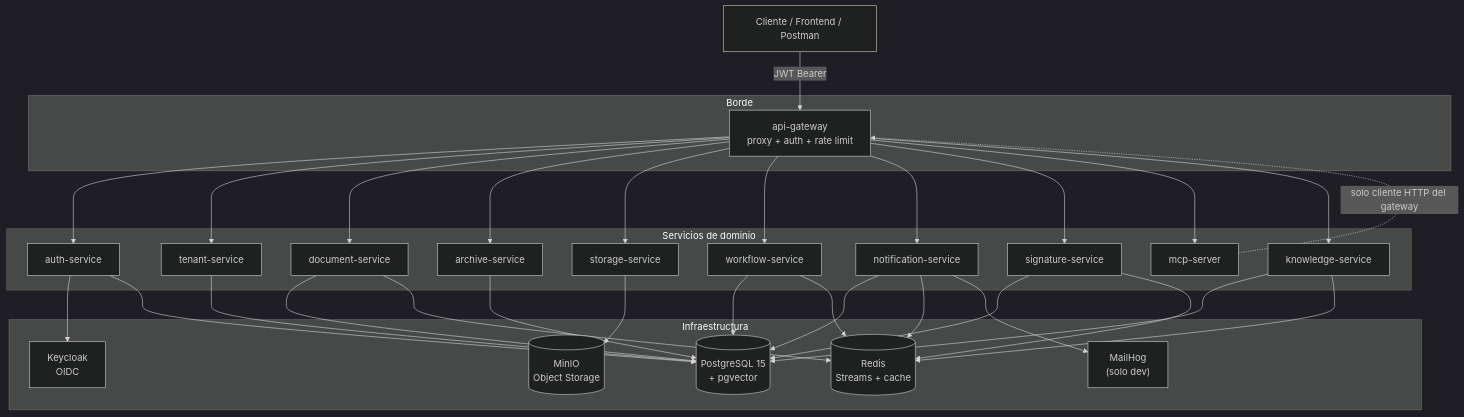
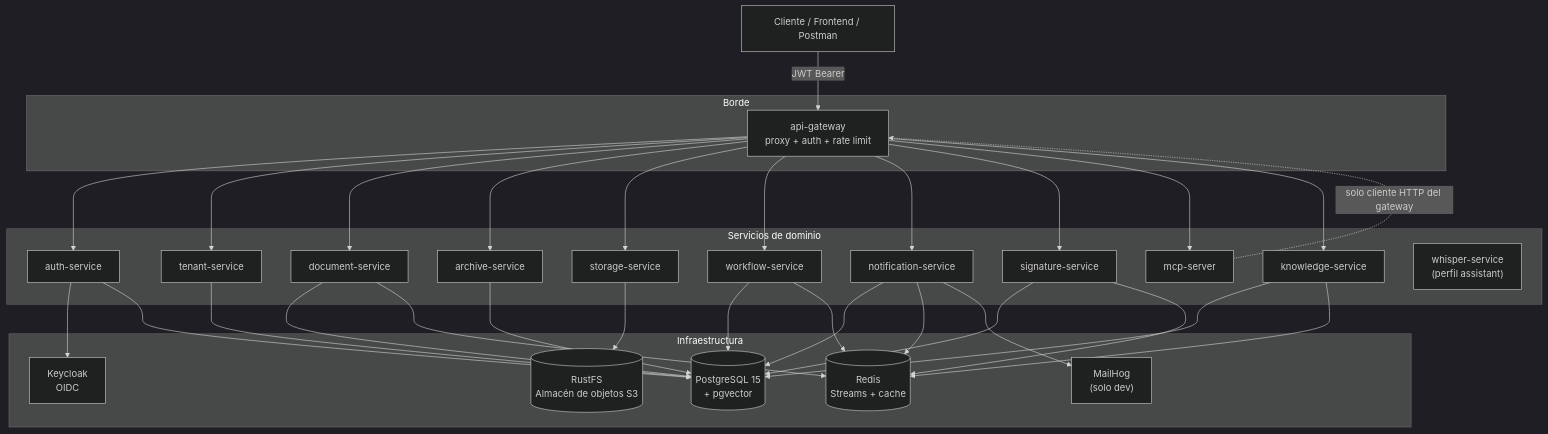
One commit to camilo1rp/docuboto changed the first of 5 diagrams in docs/es/architecture.md. Above: the diagram before and after it, drawn with Mermaid (dark theme). The commit also changed other lines of this file and 45 other files, not shown here.

````diff
--- a/docs/es/architecture.md
+++ b/docs/es/architecture.md
@@ -14,59 +14,60 @@
 ```mermaid
 graph TB
     Cliente["Cliente / Frontend / Postman"]
 
     subgraph edge["Borde"]
         GW["api-gateway<br/>proxy + auth + rate limit"]
     end
 
     subgraph core["Servicios de dominio"]
         AUTH["auth-service"]
         TEN["tenant-service"]
         DOC["document-service"]
         ARC["archive-service"]
         STO["storage-service"]
         WF["workflow-service"]
         NOT["notification-service"]
         SIG["signature-service"]
         MCP["mcp-server"]
         KNO["knowledge-service"]
+        WHI["whisper-service<br/>(perfil assistant)"]
     end
 
     subgraph infra["Infraestructura"]
         PG[("PostgreSQL 15<br/>+ pgvector")]
         REDIS[("Redis<br/>Streams + cache")]
-        MINIO[("MinIO<br/>Object Storage")]
+        MINIO[("RustFS<br/>Almacén de objetos S3")]
         KC["Keycloak<br/>OIDC"]
         MAIL["MailHog<br/>(solo dev)"]
     end
 
     Cliente -->|JWT Bearer| GW
     GW --> AUTH
     GW --> TEN
     GW --> DOC
     GW --> ARC
     GW --> STO
     GW --> WF
     GW --> NOT
     GW --> SIG
     GW --> MCP
     GW --> KNO
 
     AUTH --> KC
     AUTH --> PG
     TEN --> PG
     DOC --> PG
     DOC --> REDIS
     ARC --> PG
     STO --> MINIO
     WF --> PG
     WF --> REDIS
     NOT --> PG
     NOT --> REDIS
     NOT --> MAIL
     SIG --> PG
     SIG --> REDIS
     KNO --> PG
     KNO --> REDIS
     MCP -.->|solo cliente HTTP del gateway| GW
 ```
````
